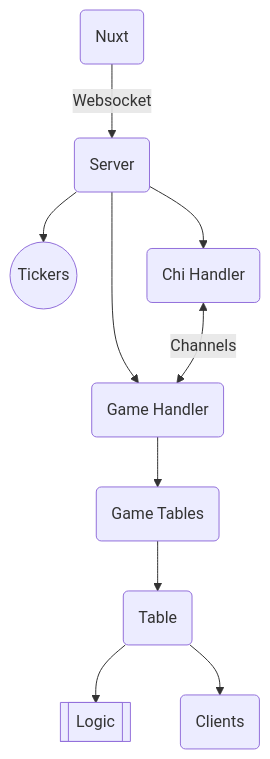
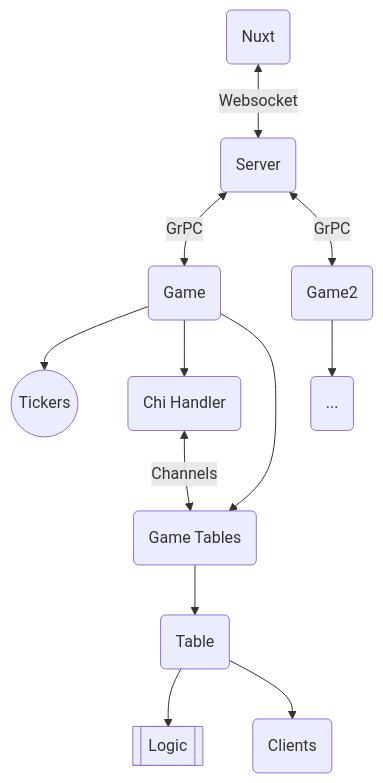
The first of 4 diagrams in docs/ARCHITECTURE.md (Zadigo/myboardgames), drawn with Mermaid before and after one commit. The commit also changed 15 other files, not shown here.

````diff
--- a/docs/ARCHITECTURE.md
+++ b/docs/ARCHITECTURE.md
@@ -38,18 +38,20 @@
 ```mermaid
 flowchart
 
-N(Nuxt) --> |Websocket|S(Server)
-S --> T((Tickers))
-S --> G(Game Handler)
-S --> C(Chi Handler)
+N(Nuxt) <--> |Websocket|S(Server)
 
+S <--> |GrPC|G(Game)
+S <--> |GrPC|G2(Game2)
 
-
+G --> T((Tickers))
+G --> C(Chi Handler)
 G --> TA(Game Tables)
 
-C <--> |Channels|G
+C <--> |Channels|TA
 
 TA --> TAB(Table)
 TAB --> L[[Logic]]
 TAB --> CL(Clients)
+
+G2 --> O(...)
 ```
````
